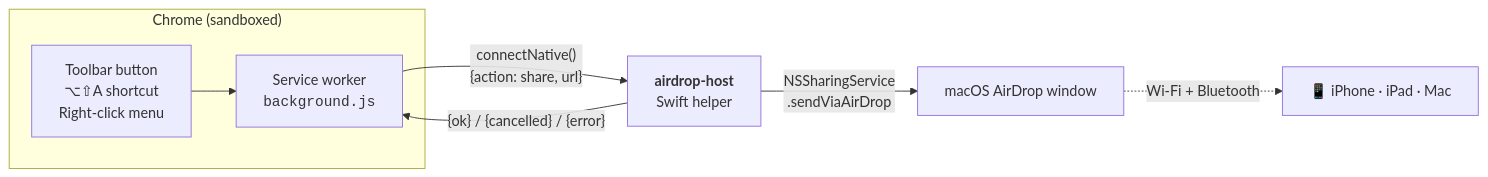
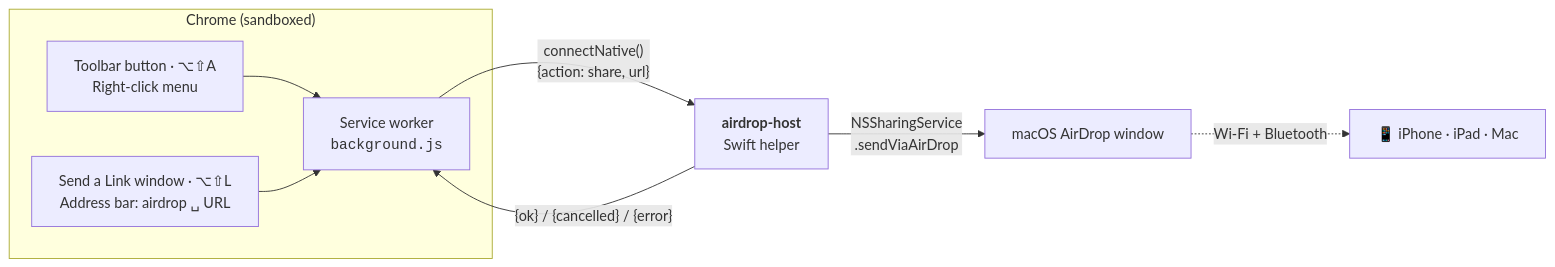
Before and after one commit to TingGeorge/airdrop-in-chrome: the first of 2 diagrams in README.md, drawn with Mermaid. The commit also changed other lines of this file and 29 other files, not shown here.

First line of the commit message:
Send a Link (paste any URL) + redesigned icon — v1.1.0 (#2)

````diff
--- a/README.md
+++ b/README.md
@@ -86,10 +109,11 @@
 ```mermaid
 flowchart LR
     subgraph Chrome["Chrome (sandboxed)"]
-        A["Toolbar button<br/>⌥⇧A shortcut<br/>Right-click menu"] --> B["Service worker<br/><code>background.js</code>"]
+        A["Toolbar button · ⌥⇧A<br/>Right-click menu"] --> B["Service worker<br/><code>background.js</code>"]
+        L["Send a Link window · ⌥⇧L<br/>Address bar: airdrop ␣ URL"] --> B
     end
     B -- "connectNative()<br/>{action: share, url}" --> C["<b>airdrop-host</b><br/>Swift helper"]
     C -- "NSSharingService<br/>.sendViaAirDrop" --> D["macOS AirDrop window"]
     D -. "Wi-Fi + Bluetooth" .-> E["📱 iPhone · iPad · Mac"]
     C -- "{ok} / {cancelled} / {error}" --> B
 ```
````
